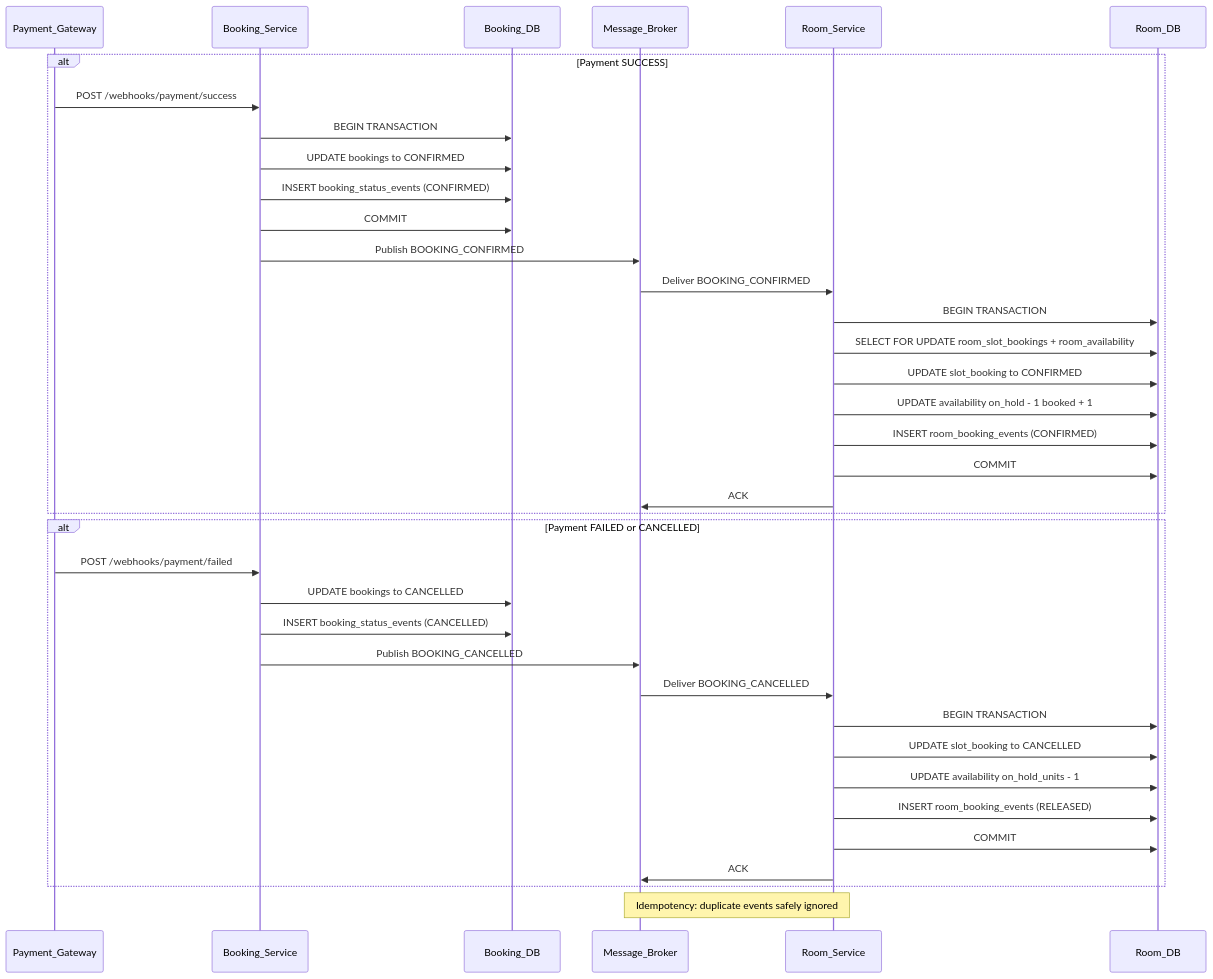
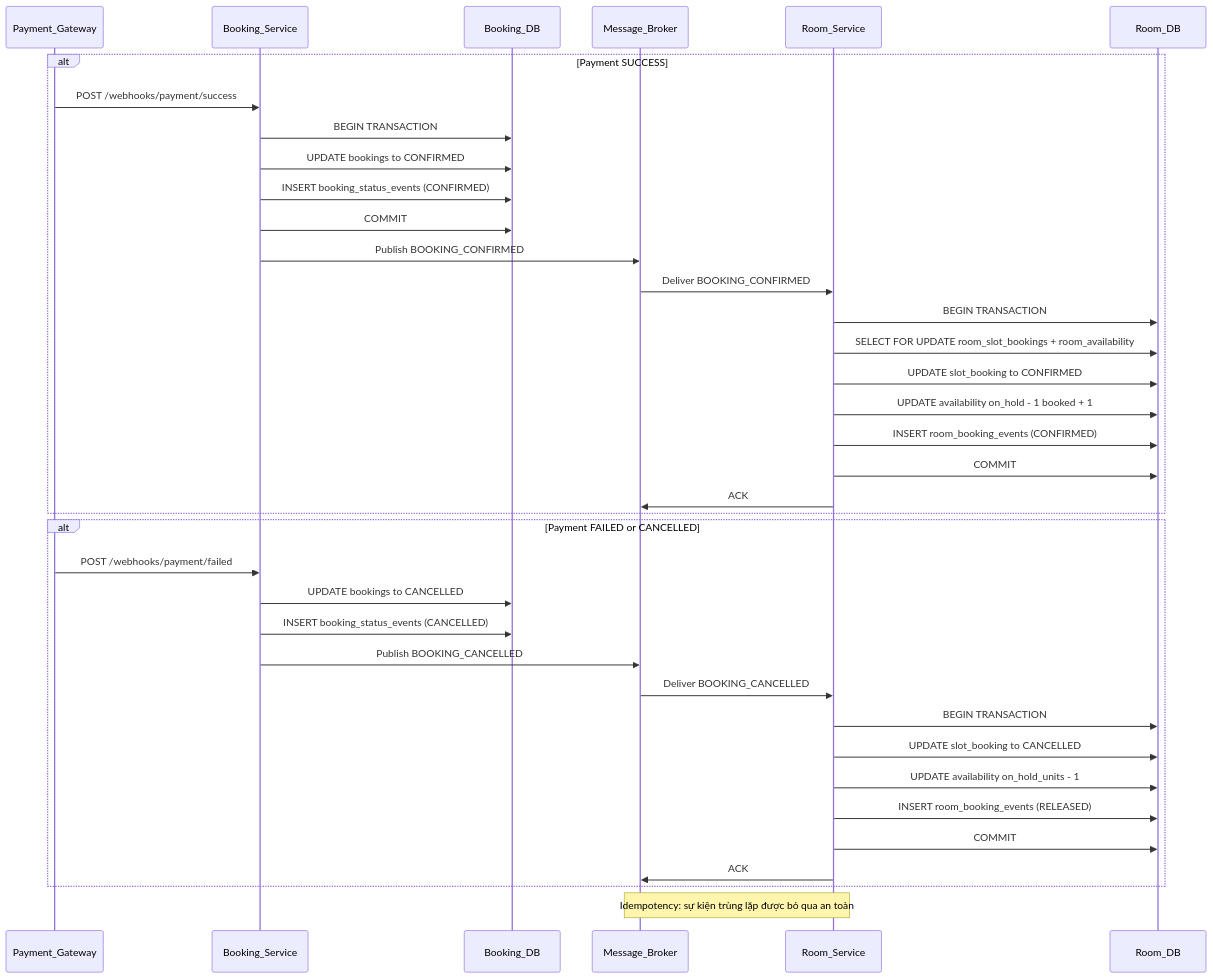
Before and after one commit to PhamVietHoangFPT/databaseHomi: the sixth of 54 diagrams in Mermaid.md, drawn with Mermaid. The commit also changed other lines of this file and 3 other files, not shown here.

````diff
--- a/Mermaid.md
+++ b/Mermaid.md
@@ -298,44 +298,44 @@
 ```mermaid
 sequenceDiagram
     participant Payment_Gateway
     participant Booking_Service
     participant Booking_DB
     participant Message_Broker
     participant Room_Service
     participant Room_DB
 
     alt Payment SUCCESS
         Payment_Gateway->>Booking_Service: POST /webhooks/payment/success
         Booking_Service->>Booking_DB: BEGIN TRANSACTION
         Booking_Service->>Booking_DB: UPDATE bookings to CONFIRMED
         Booking_Service->>Booking_DB: INSERT booking_status_events (CONFIRMED)
         Booking_Service->>Booking_DB: COMMIT
         Booking_Service->>Message_Broker: Publish BOOKING_CONFIRMED
 
         Message_Broker->>Room_Service: Deliver BOOKING_CONFIRMED
         Room_Service->>Room_DB: BEGIN TRANSACTION
         Room_Service->>Room_DB: SELECT FOR UPDATE room_slot_bookings + room_availability
         Room_Service->>Room_DB: UPDATE slot_booking to CONFIRMED
         Room_Service->>Room_DB: UPDATE availability on_hold - 1 booked + 1
         Room_Service->>Room_DB: INSERT room_booking_events (CONFIRMED)
         Room_Service->>Room_DB: COMMIT
         Room_Service->>Message_Broker: ACK
     end
 
     alt Payment FAILED or CANCELLED
         Payment_Gateway->>Booking_Service: POST /webhooks/payment/failed
         Booking_Service->>Booking_DB: UPDATE bookings to CANCELLED
         Booking_Service->>Booking_DB: INSERT booking_status_events (CANCELLED)
         Booking_Service->>Message_Broker: Publish BOOKING_CANCELLED
 
         Message_Broker->>Room_Service: Deliver BOOKING_CANCELLED
         Room_Service->>Room_DB: BEGIN TRANSACTION
         Room_Service->>Room_DB: UPDATE slot_booking to CANCELLED
         Room_Service->>Room_DB: UPDATE availability on_hold_units - 1
         Room_Service->>Room_DB: INSERT room_booking_events (RELEASED)
         Room_Service->>Room_DB: COMMIT
         Room_Service->>Message_Broker: ACK
     end
 
-    Note over Message_Broker,Room_Service: Idempotency: duplicate events safely ignored
+    Note over Message_Broker,Room_Service: Idempotency: sự kiện trùng lặp được bỏ qua an toàn
 ```
````
